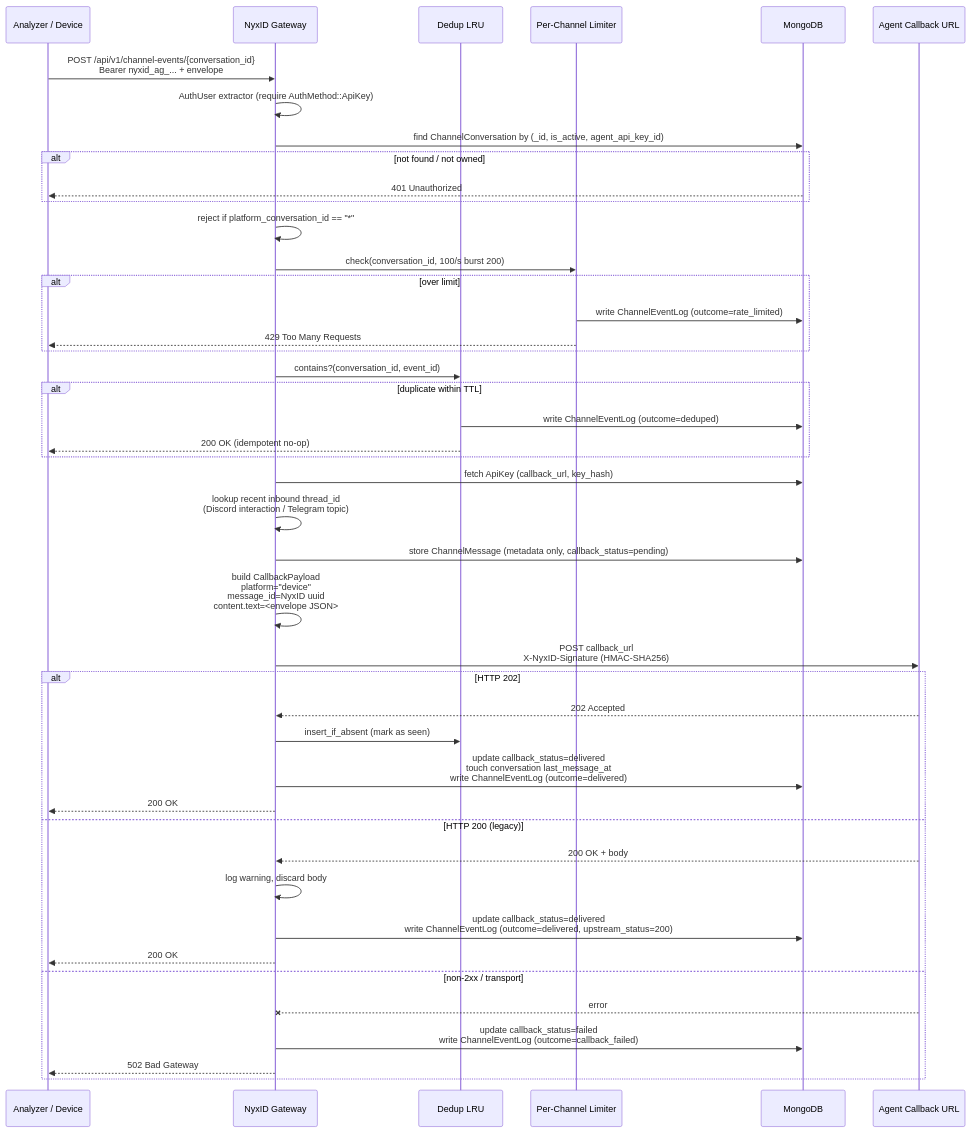
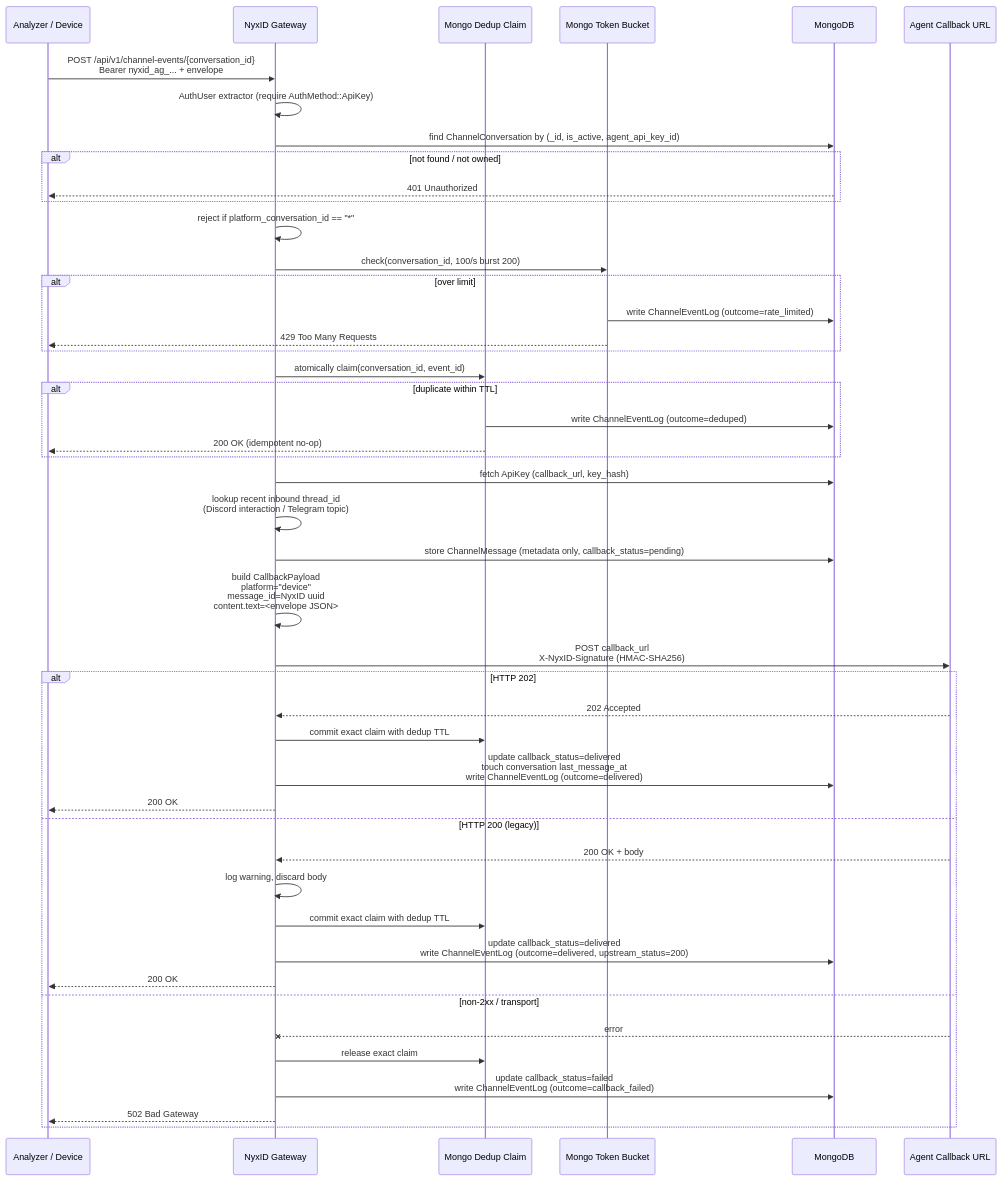
Before and after one commit to ChronoAIProject/NyxID: the second of 3 diagrams in docs/CHANNEL_EVENT_GATEWAY.md, drawn with Mermaid. The commit also changed other lines of this file and 14 other files, not shown here.

````diff
--- a/docs/CHANNEL_EVENT_GATEWAY.md
+++ b/docs/CHANNEL_EVENT_GATEWAY.md
@@ -59,47 +59,49 @@
 ```mermaid
 sequenceDiagram
     participant Analyzer as Analyzer / Device
     participant NyxID as NyxID Gateway
-    participant Dedup as Dedup LRU
-    participant ChanRL as Per-Channel Limiter
+    participant Dedup as Mongo Dedup Claim
+    participant ChanRL as Mongo Token Bucket
     participant DB as MongoDB
     participant Agent as Agent Callback URL
 
     Analyzer->>NyxID: POST /api/v1/channel-events/{conversation_id}<br/>Bearer nyxid_ag_... + envelope
     NyxID->>NyxID: AuthUser extractor (require AuthMethod::ApiKey)
     NyxID->>DB: find ChannelConversation by (_id, is_active, agent_api_key_id)
     alt not found / not owned
         DB-->>Analyzer: 401 Unauthorized
     end
     NyxID->>NyxID: reject if platform_conversation_id == "*"
     NyxID->>ChanRL: check(conversation_id, 100/s burst 200)
     alt over limit
         ChanRL->>DB: write ChannelEventLog (outcome=rate_limited)
         ChanRL-->>Analyzer: 429 Too Many Requests
     end
-    NyxID->>Dedup: contains?(conversation_id, event_id)
+    NyxID->>Dedup: atomically claim(conversation_id, event_id)
     alt duplicate within TTL
         Dedup->>DB: write ChannelEventLog (outcome=deduped)
         Dedup-->>Analyzer: 200 OK (idempotent no-op)
     end
     NyxID->>DB: fetch ApiKey (callback_url, key_hash)
     NyxID->>NyxID: lookup recent inbound thread_id<br/>(Discord interaction / Telegram topic)
     NyxID->>DB: store ChannelMessage (metadata only, callback_status=pending)
     NyxID->>NyxID: build CallbackPayload<br/>platform="device"<br/>message_id=NyxID uuid<br/>content.text=<envelope JSON>
     NyxID->>Agent: POST callback_url<br/>X-NyxID-Signature (HMAC-SHA256)
     alt HTTP 202
         Agent-->>NyxID: 202 Accepted
-        NyxID->>Dedup: insert_if_absent (mark as seen)
+        NyxID->>Dedup: commit exact claim with dedup TTL
         NyxID->>DB: update callback_status=delivered<br/>touch conversation last_message_at<br/>write ChannelEventLog (outcome=delivered)
         NyxID-->>Analyzer: 200 OK
     else HTTP 200 (legacy)
         Agent-->>NyxID: 200 OK + body
         NyxID->>NyxID: log warning, discard body
+        NyxID->>Dedup: commit exact claim with dedup TTL
         NyxID->>DB: update callback_status=delivered<br/>write ChannelEventLog (outcome=delivered, upstream_status=200)
         NyxID-->>Analyzer: 200 OK
     else non-2xx / transport
         Agent--xNyxID: error
+        NyxID->>Dedup: release exact claim
         NyxID->>DB: update callback_status=failed<br/>write ChannelEventLog (outcome=callback_failed)
         NyxID-->>Analyzer: 502 Bad Gateway
     end
 ```
````
